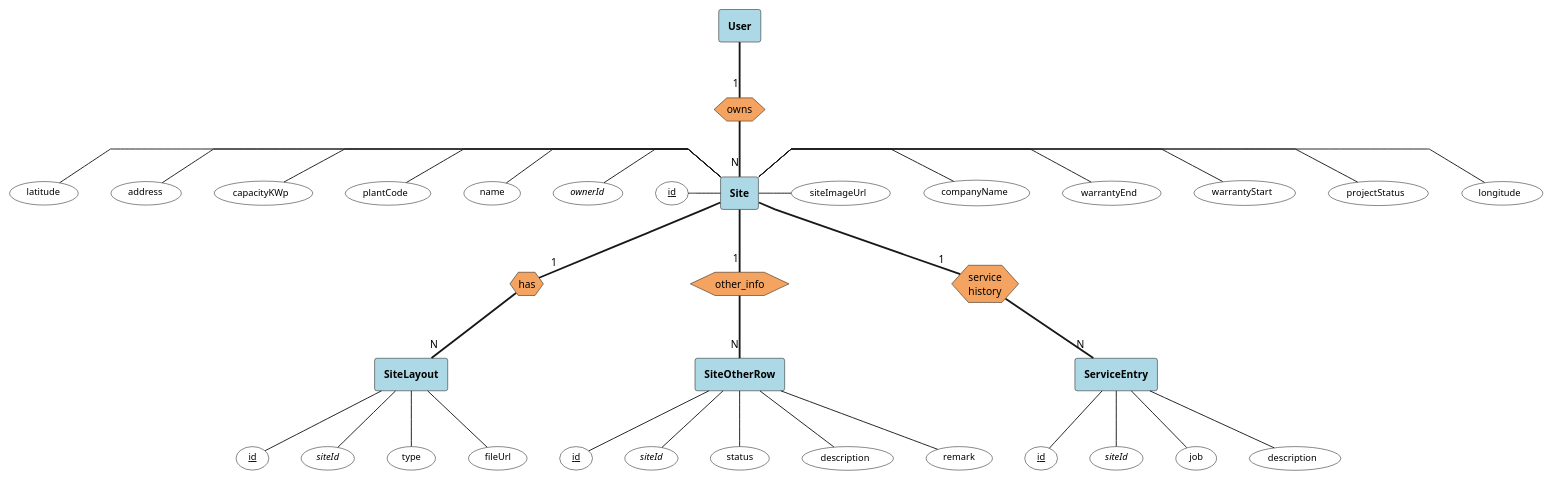
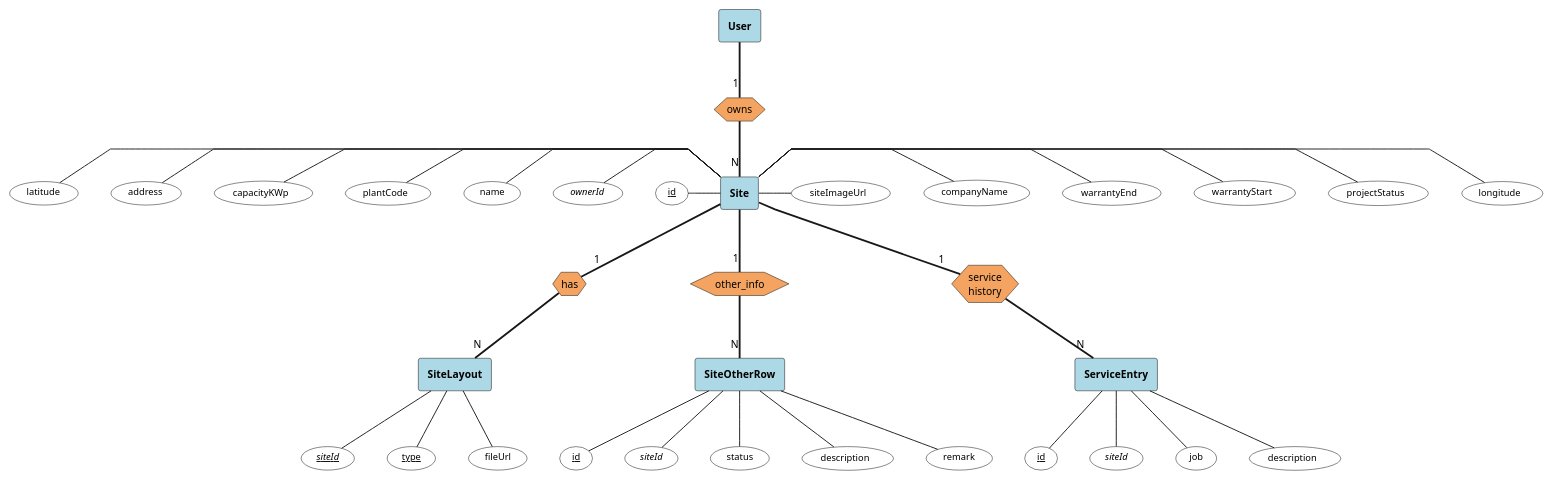
The diagram in docs/erd-chen-02-site.puml (PowerVault-Services/Backend), drawn with PlantUML before and after one commit. The commit also changed 9 other files, not shown here.

First line of the commit message:
fix: use composite PK instead of surrogate id for non-entity tables in ERD

```diff
--- a/docs/erd-chen-02-site.puml
+++ b/docs/erd-chen-02-site.puml
@@ -1,120 +1,118 @@
 @startuml ERD_Chen_Site
 ' ============================================================
 ' Solar O&M — Site & Project Data (Chen Notation)
 ' ============================================================
 
 top to bottom direction
 
 skinparam defaultFontSize 11
 skinparam linetype polyline
 
 skinparam rectangle {
   BackgroundColor #ADD8E6
   BorderColor #000000
   FontStyle bold
 }
 
 skinparam hexagon {
   BackgroundColor #F4A460
   BorderColor #000000
 }
 
 skinparam usecase {
   BackgroundColor #FFFFFF
   BorderColor #000000
   FontSize 10
 }
 
 ' ── User (ref) ──
 rectangle "User" as E_User
 
 ' ── Site ──
 rectangle "Site" as E_Site
 
 usecase "<u>id</u>" as A_S_id
 usecase "//ownerId//" as A_S_oid
 usecase "name" as A_S_name
 usecase "plantCode" as A_S_pc
 usecase "capacityKWp" as A_S_cap
 usecase "address" as A_S_addr
 usecase "latitude" as A_S_lat
 usecase "longitude" as A_S_lon
 usecase "projectStatus" as A_S_ps
 usecase "warrantyStart" as A_S_ws
 usecase "warrantyEnd" as A_S_we
 usecase "companyName" as A_S_cn
 usecase "siteImageUrl" as A_S_img
 
 E_Site -left- A_S_id
 E_Site -left- A_S_oid
 E_Site -left- A_S_name
 E_Site -left- A_S_pc
 E_Site -left- A_S_cap
 E_Site -left- A_S_addr
 E_Site -left- A_S_lat
 E_Site -right- A_S_lon
 E_Site -right- A_S_ps
 E_Site -right- A_S_ws
 E_Site -right- A_S_we
 E_Site -right- A_S_cn
 E_Site -right- A_S_img
 
 ' ── User owns Site ──
 hexagon "owns" as R_owns
 E_User == "1" R_owns
 R_owns == "N" E_Site
 
 ' ── SiteLayout ──
 rectangle "SiteLayout" as E_Layout
 
-usecase "<u>id</u>" as A_L_id
-usecase "//siteId//" as A_L_sid
-usecase "type" as A_L_type
+usecase "<u>//siteId//</u>" as A_L_sid
+usecase "<u>type</u>" as A_L_type
 usecase "fileUrl" as A_L_url
 
-E_Layout -down- A_L_id
 E_Layout -down- A_L_sid
 E_Layout -down- A_L_type
 E_Layout -down- A_L_url
 
 hexagon "has" as R_site_layout
 E_Site == "1" R_site_layout
 R_site_layout == "N" E_Layout
 
 ' ── SiteOtherRow ──
 rectangle "SiteOtherRow" as E_Other
 
 usecase "<u>id</u>" as A_O_id
 usecase "//siteId//" as A_O_sid
 usecase "status" as A_O_st
 usecase "description" as A_O_desc
 usecase "remark" as A_O_rem
 
 E_Other -down- A_O_id
 E_Other -down- A_O_sid
 E_Other -down- A_O_st
 E_Other -down- A_O_desc
 E_Other -down- A_O_rem
 
 hexagon "other_info" as R_site_other
 E_Site == "1" R_site_other
 R_site_other == "N" E_Other
 
 ' ── ServiceEntry ──
 rectangle "ServiceEntry" as E_SE
 
 usecase "<u>id</u>" as A_SE_id
 usecase "//siteId//" as A_SE_sid
 usecase "job" as A_SE_job
 usecase "description" as A_SE_desc
 
 E_SE -down- A_SE_id
 E_SE -down- A_SE_sid
 E_SE -down- A_SE_job
 E_SE -down- A_SE_desc
 
 hexagon "service\nhistory" as R_site_se
 E_Site == "1" R_site_se
 R_site_se == "N" E_SE
 
 @enduml
```
